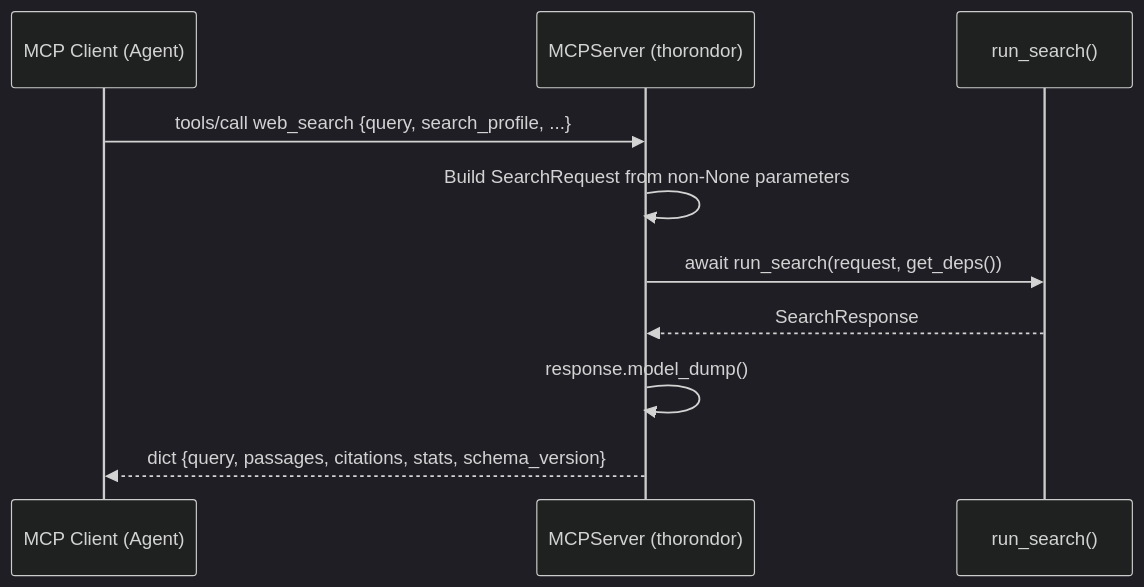
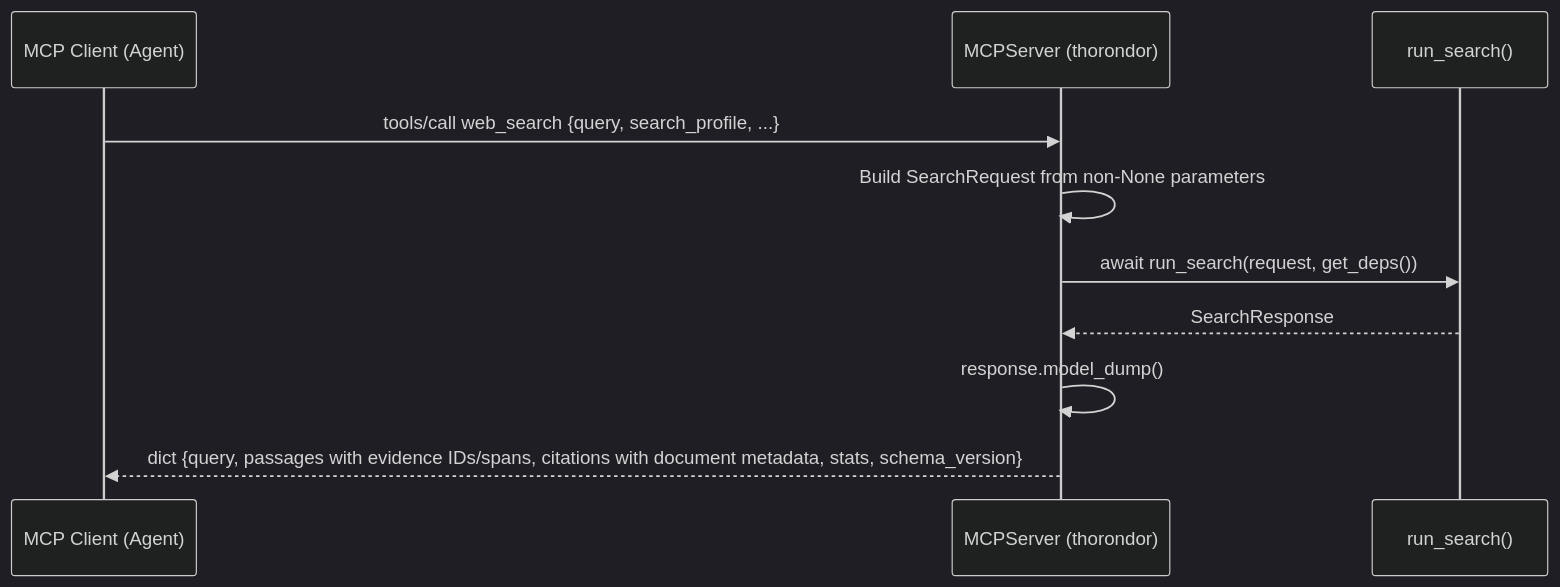
Before and after one commit to FeanorsCodeSL/thorondor: the sixth of 6 diagrams in docs/architecture/pipeline-workflow.md, drawn with Mermaid (dark theme). The commit also changed other lines of this file and 85 other files, not shown here.

````diff
--- a/docs/architecture/pipeline-workflow.md
+++ b/docs/architecture/pipeline-workflow.md
@@ -207,13 +207,13 @@
 ```mermaid
 sequenceDiagram
     participant AgentClient as MCP Client (Agent)
     participant MCPServer as MCPServer (thorondor)
     participant Pipeline as run_search()
 
     AgentClient->>MCPServer: tools/call web_search {query, search_profile, ...}
     MCPServer->>MCPServer: Build SearchRequest from non-None parameters
     MCPServer->>Pipeline: await run_search(request, get_deps())
     Pipeline-->>MCPServer: SearchResponse
     MCPServer->>MCPServer: response.model_dump()
-    MCPServer-->>AgentClient: dict {query, passages, citations, stats, schema_version}
+    MCPServer-->>AgentClient: dict {query, passages with evidence IDs/spans, citations with document metadata, stats, schema_version}
 ```
````
